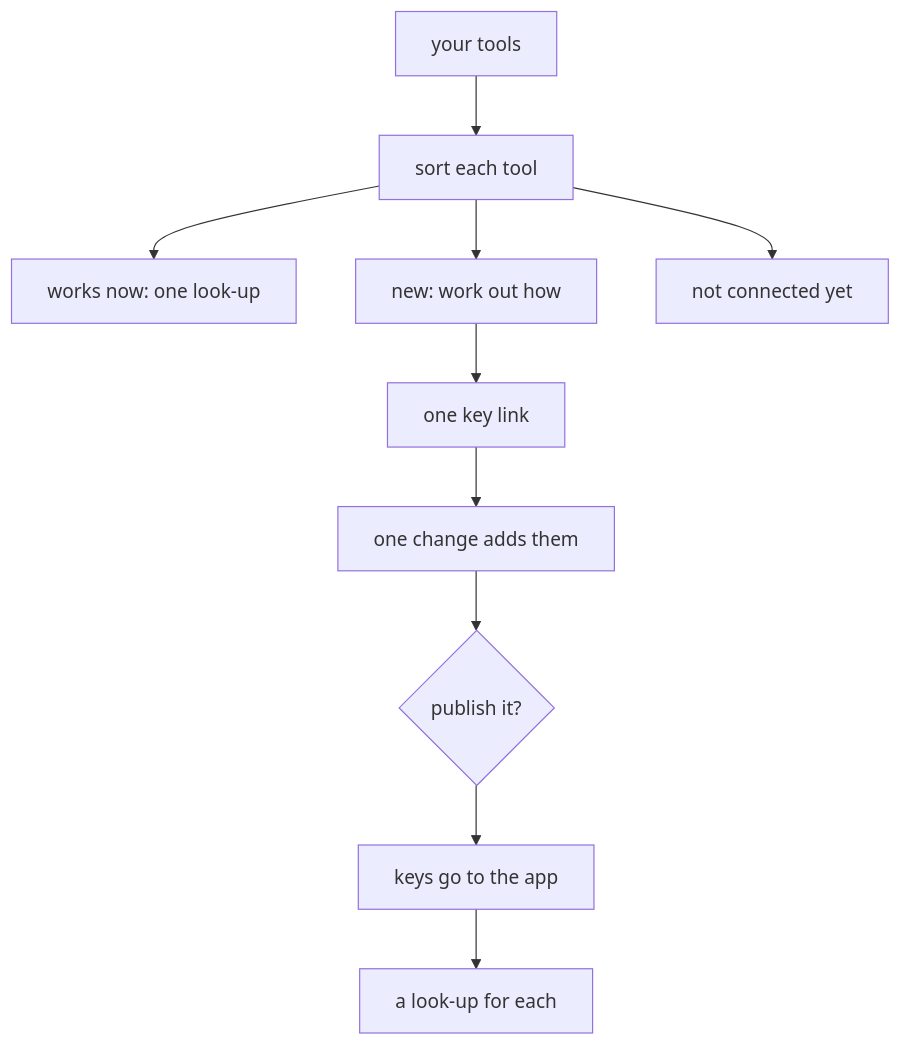
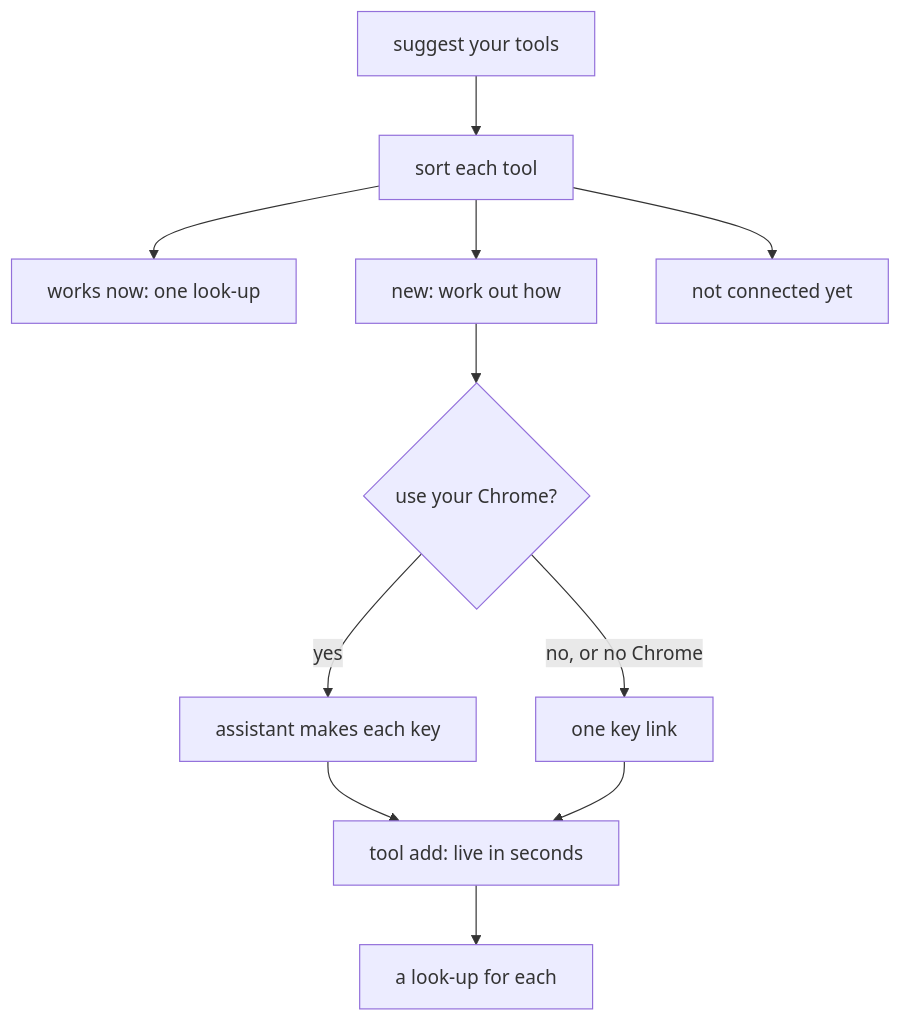
One commit to matthewwong525/WongStack changed the diagram in wiki/stack/connect-your-tools.md. Above: the diagram before and after it, drawn with Mermaid. The commit also changed other lines of this file and 76 other files, not shown here.

First line of the commit message:
feat(connect): connect your tools in your own Chrome, keys go to the app unseen, and a new tool works with no publish (v48.4.0) (#514)

````diff
--- a/wiki/stack/connect-your-tools.md
+++ b/wiki/stack/connect-your-tools.md
@@ -5,12 +5,13 @@
 ```mermaid
 flowchart TD
-  tools[your tools] --> sort[sort each tool]
+  tools[suggest your tools] --> sort[sort each tool]
   sort --> ready[works now: one look-up]
   sort --> how[new: work out how]
   sort --> later[not connected yet]
-  how --> link[one key link]
-  link --> change[one change adds them]
-  change --> yes{"publish it?"}
-  yes --> keys[keys go to the app]
-  keys --> look[a look-up for each]
+  how --> chrome{"use your Chrome?"}
+  chrome -->|yes| make[assistant makes each key]
+  chrome -->|no, or no Chrome| link[one key link]
+  make --> add[tool add: live in seconds]
+  link --> add
+  add --> look[a look-up for each]
 ```
````
